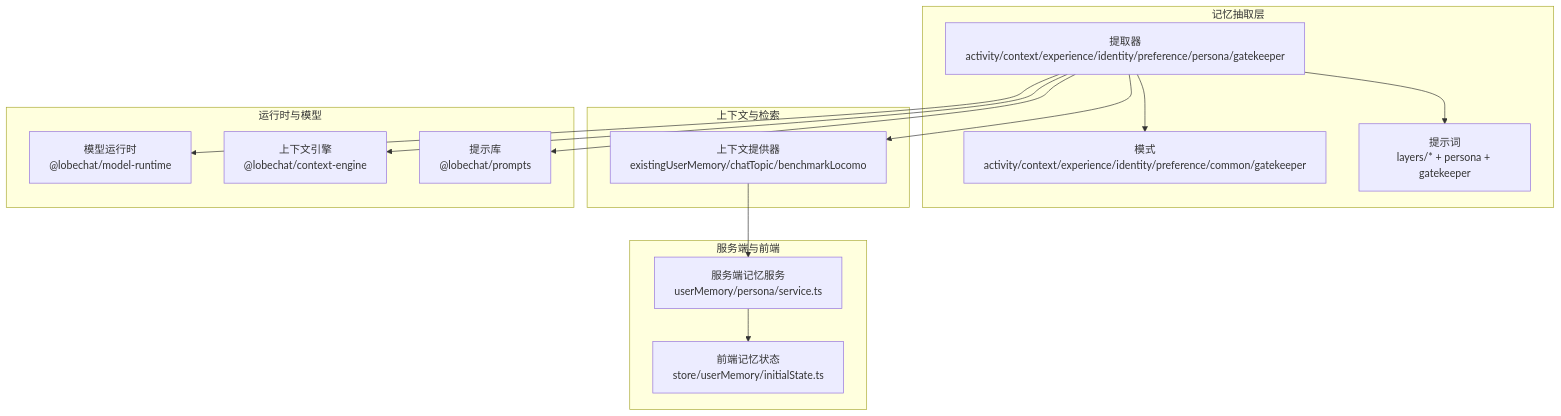
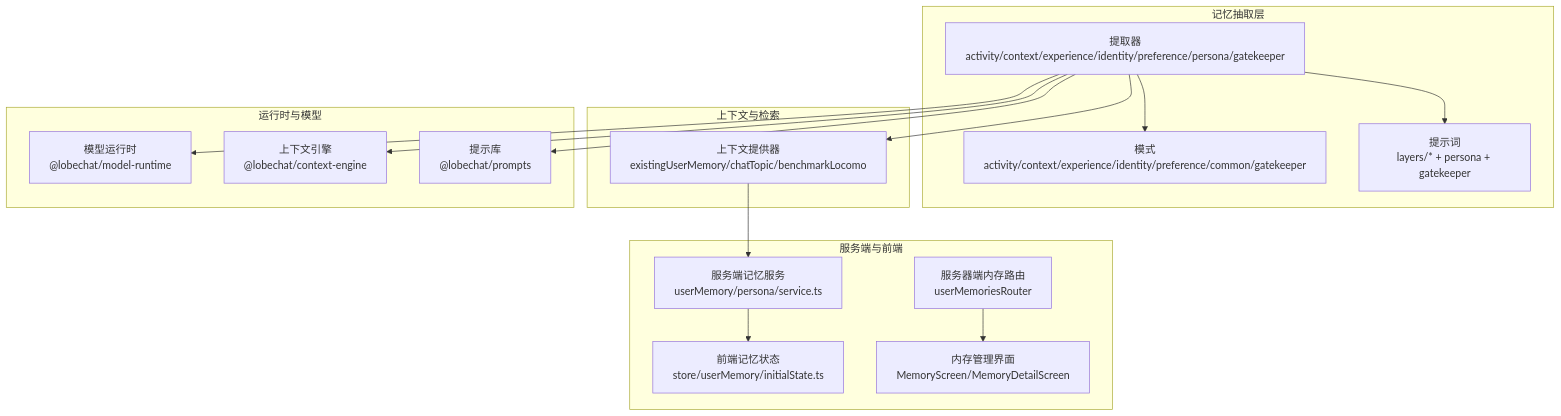
One commit to AvatoLabs/avato changed the first of 8 diagrams in .qoder/repowiki/zh/content/数据库设计/数据模型/用户记忆系统/用户记忆系统.md. Above: the diagram before and after it, drawn with Mermaid. The commit also changed other lines of this file and 23 other files, not shown here.

````diff
--- a/.qoder/repowiki/zh/content/数据库设计/数据模型/用户记忆系统/用户记忆系统.md
+++ b/.qoder/repowiki/zh/content/数据库设计/数据模型/用户记忆系统/用户记忆系统.md
@@ -69,28 +90,31 @@
 ```mermaid
 graph TB
 subgraph "记忆抽取层"
 EX["提取器<br/>activity/context/experience/identity/preference/persona/gatekeeper"]
 SC["模式<br/>activity/context/experience/identity/preference/common/gatekeeper"]
 PR["提示词<br/>layers/* + persona + gatekeeper"]
 end
 subgraph "上下文与检索"
 CTX["上下文提供器<br/>existingUserMemory/chatTopic/benchmarkLocomo"]
 end
 subgraph "运行时与模型"
 MR["模型运行时<br/>@lobechat/model-runtime"]
 CE["上下文引擎<br/>@lobechat/context-engine"]
 PM["提示库<br/>@lobechat/prompts"]
 end
 subgraph "服务端与前端"
 SV["服务端记忆服务<br/>userMemory/persona/service.ts"]
 ST["前端记忆状态<br/>store/userMemory/initialState.ts"]
+UMR["服务器端内存路由<br/>userMemoriesRouter"]
+MS["内存管理界面<br/>MemoryScreen/MemoryDetailScreen"]
 end
 EX --> SC
 EX --> PR
 EX --> CTX
 CTX --> SV
 EX --> MR
 EX --> CE
 EX --> PM
 SV --> ST
+UMR --> MS
 ```
````
